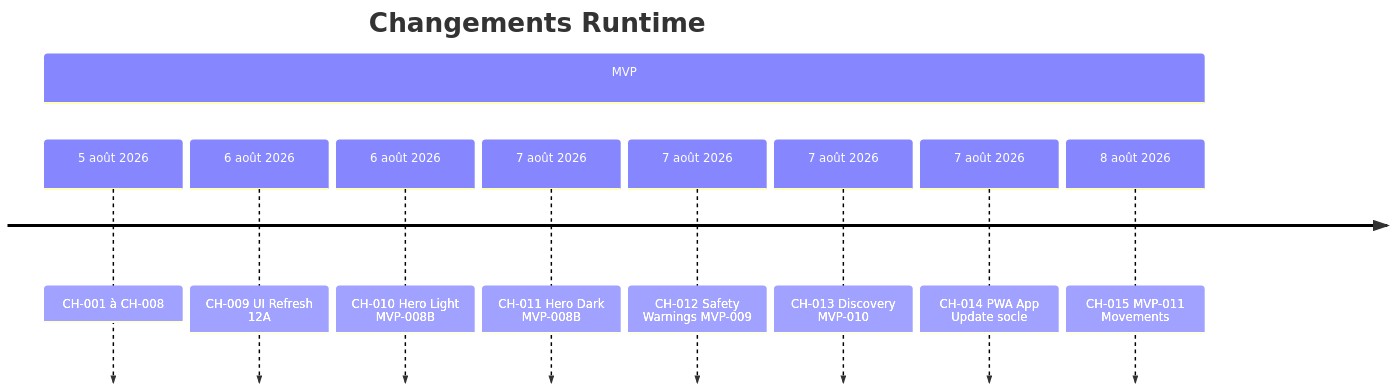
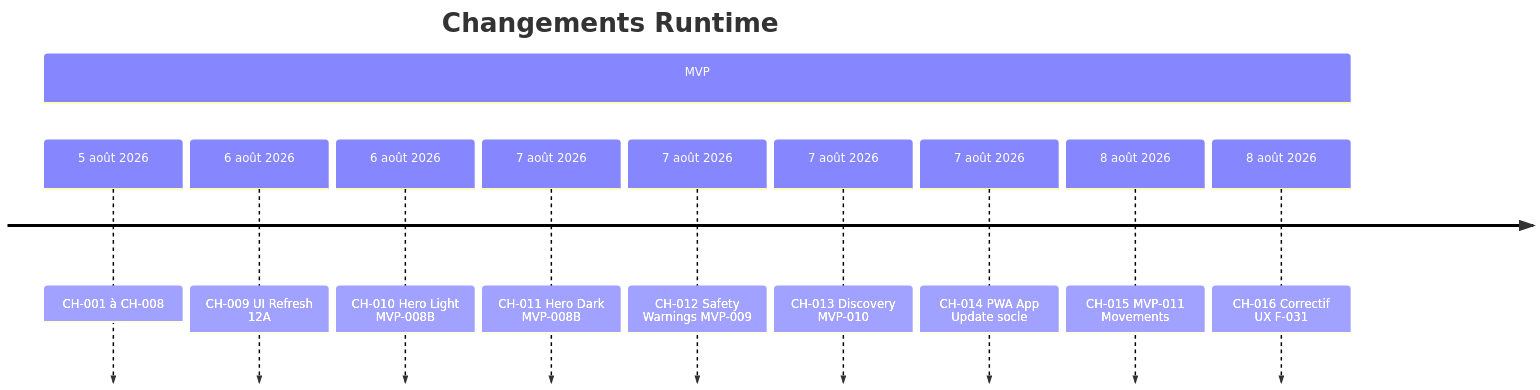
One commit to JavaChrist/Tai-Chi-AI-Coach changed the diagram in docs/runtime/17_CHANGE_HISTORY.md. Above: the diagram before and after it, drawn with Mermaid. The commit also changed other lines of this file and 4 other files, not shown here.

````diff
--- a/docs/runtime/17_CHANGE_HISTORY.md
+++ b/docs/runtime/17_CHANGE_HISTORY.md
@@ -50,13 +51,14 @@
 ```mermaid
 timeline
   title Changements Runtime
   section MVP
     5 août 2026 : CH-001 à CH-008
     6 août 2026 : CH-009 UI Refresh 12A
     6 août 2026 : CH-010 Hero Light MVP-008B
     7 août 2026 : CH-011 Hero Dark MVP-008B
     7 août 2026 : CH-012 Safety Warnings MVP-009
     7 août 2026 : CH-013 Discovery MVP-010
     7 août 2026 : CH-014 PWA App Update socle
     8 août 2026 : CH-015 MVP-011 Movements
+    8 août 2026 : CH-016 Correctif UX F-031
 ```
````
